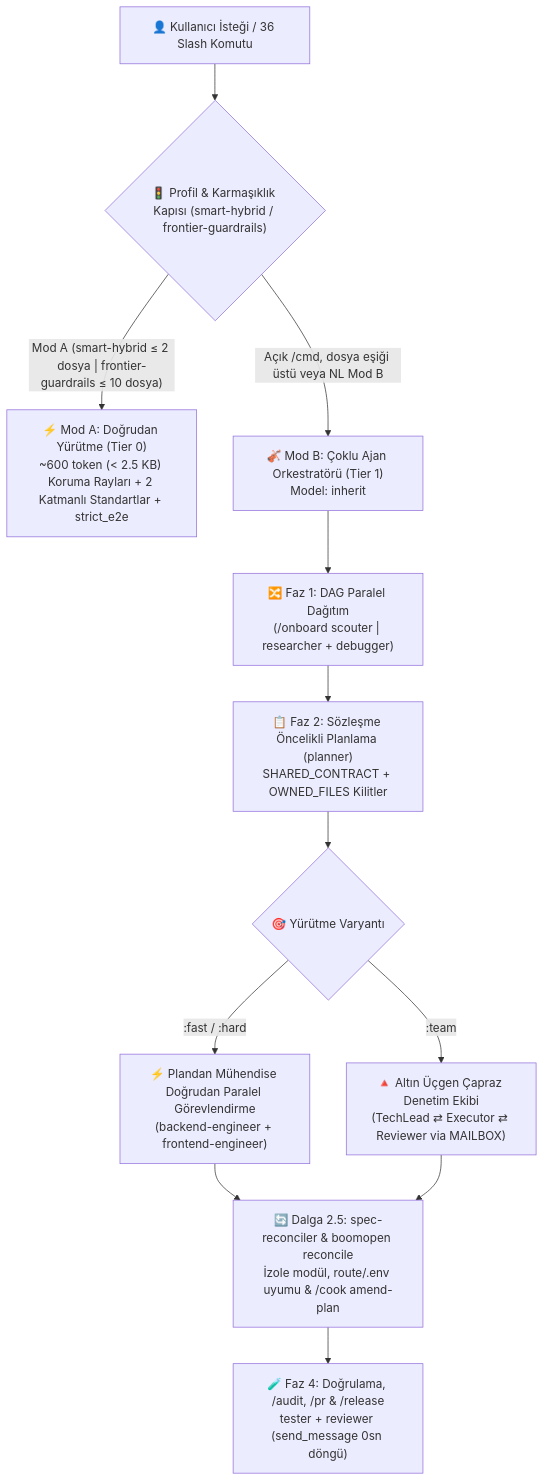
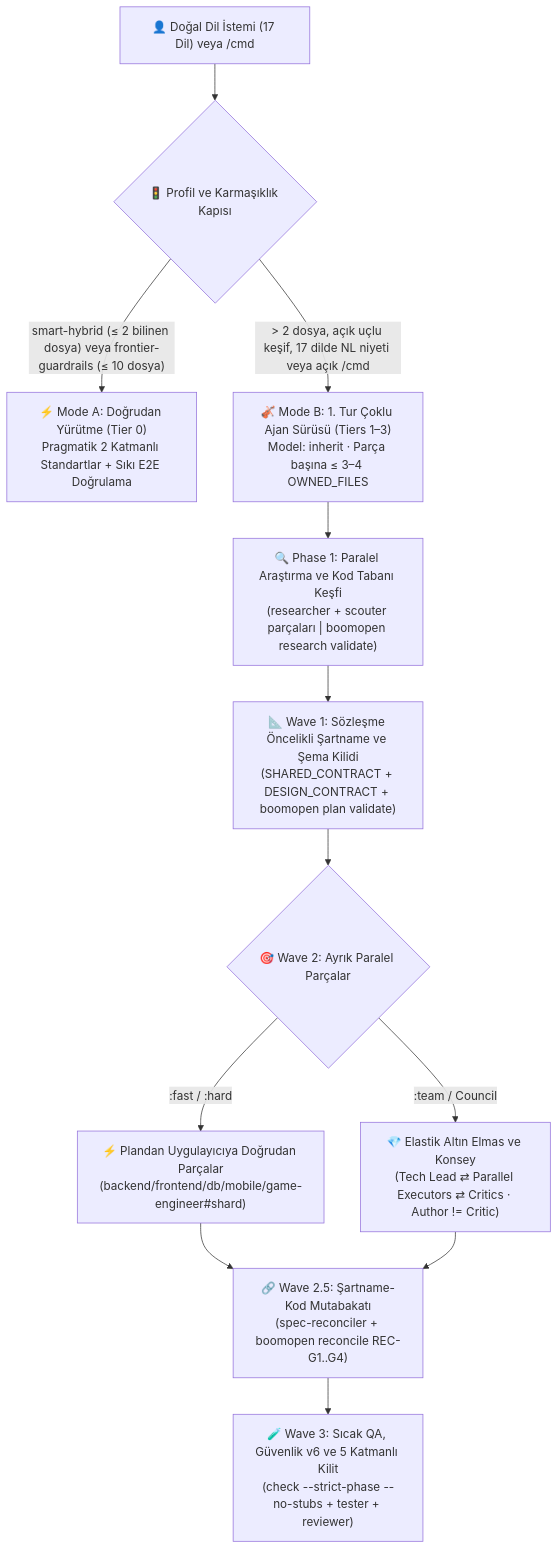
One commit to Kennyboom/BoomOpen-Workflow-Kit-Pro changed the diagram in i18n/README.tr.md. Above: the diagram before and after it, drawn with Mermaid. The commit also changed other lines of this file and 21 other files, not shown here.

````diff
--- a/i18n/README.tr.md
+++ b/i18n/README.tr.md
@@ -59,17 +94,17 @@
 ```mermaid
 flowchart TD
-    User["👤 Kullanıcı İsteği / 36 Slash Komutu"] --> Gate{"🚦 Profil & Karmaşıklık Kapısı (smart-hybrid / frontier-guardrails)"}
-    Gate -->|"Mod A (smart-hybrid ≤ 2 dosya | frontier-guardrails ≤ 10 dosya)"| ModeA["⚡ Mod A: Doğrudan Yürütme (Tier 0)<br/>~600 token (< 2.5 KB) Koruma Rayları + 2 Katmanlı Standartlar + strict_e2e"]
-    Gate -->|"Açık /cmd, dosya eşiği üstü veya NL Mod B"| ModeB["🎻 Mod B: Çoklu Ajan Orkestratörü (Tier 1)<br/>Model: inherit"]
+    User["👤 Doğal Dil İstemi (17 Dil) veya /cmd"] --> Gate{"🚦 Profil ve Karmaşıklık Kapısı"}
+    Gate -->|"smart-hybrid (≤ 2 bilinen dosya) veya frontier-guardrails (≤ 10 dosya)"| ModeA["⚡ Mode A: Doğrudan Yürütme (Tier 0)<br/>Pragmatik 2 Katmanlı Standartlar + Sıkı E2E Doğrulama"]
+    Gate -->|"> 2 dosya, açık uçlu keşif, 17 dilde NL niyeti veya açık /cmd"| ModeB["🎻 Mode B: 1. Tur Çoklu Ajan Sürüsü (Tiers 1–3)<br/>Model: inherit · Parça başına ≤ 3–4 OWNED_FILES"]
 
-    ModeB --> FanOut["🔀 Faz 1: DAG Paralel Dağıtım<br/>(/onboard scouter | researcher + debugger)"]
-    FanOut --> Plan["📋 Faz 2: Sözleşme Öncelikli Planlama (planner)<br/>SHARED_CONTRACT + OWNED_FILES Kilitler"]
-    Plan --> Dispatch{"🎯 Yürütme Varyantı"}
+    ModeB --> Wave0["🔍 Phase 1: Paralel Araştırma ve Kod Tabanı Keşfi<br/>(researcher + scouter parçaları | boomopen research validate)"]
+    Wave0 --> Wave1["📐 Wave 1: Sözleşme Öncelikli Şartname ve Şema Kilidi<br/>(SHARED_CONTRACT + DESIGN_CONTRACT + boomopen plan validate)"]
+    Wave1 --> Wave2{"🎯 Wave 2: Ayrık Paralel Parçalar"}
 
-    Dispatch -->|":fast / :hard"| Direct["⚡ Plandan Mühendise Doğrudan Paralel Görevlendirme<br/>(backend-engineer + frontend-engineer)"]
-    Dispatch -->|":team"| Triangle["🔺 Altın Üçgen Çapraz Denetim Ekibi<br/>(TechLead ⇄ Executor ⇄ Reviewer via MAILBOX)"]
+    Wave2 -->|":fast / :hard"| Direct["⚡ Plandan Uygulayıcıya Doğrudan Parçalar<br/>(backend/frontend/db/mobile/game-engineer#shard)"]
+    Wave2 -->|":team / Council"| Diamond["💎 Elastik Altın Elmas ve Konsey<br/>(Tech Lead ⇄ Parallel Executors ⇄ Critics · Author != Critic)"]
 
-    Direct --> Reconcile["🔄 Dalga 2.5: spec-reconciler & boomopen reconcile<br/>İzole modül, route/.env uyumu & /cook amend-plan"]
-    Triangle --> Reconcile
-    Reconcile --> Verify["🧪 Faz 4: Doğrulama, /audit, /pr & /release<br/>tester + reviewer (send_message 0sn döngü)"]
+    Direct --> Wave25["🔗 Wave 2.5: Şartname-Kod Mutabakatı<br/>(spec-reconciler + boomopen reconcile REC-G1..G4)"]
+    Diamond --> Wave25
+    Wave25 --> Wave3["🧪 Wave 3: Sıcak QA, Güvenlik v6 ve 5 Katmanlı Kilit<br/>(check --strict-phase --no-stubs + tester + reviewer)"]
 ```
````
